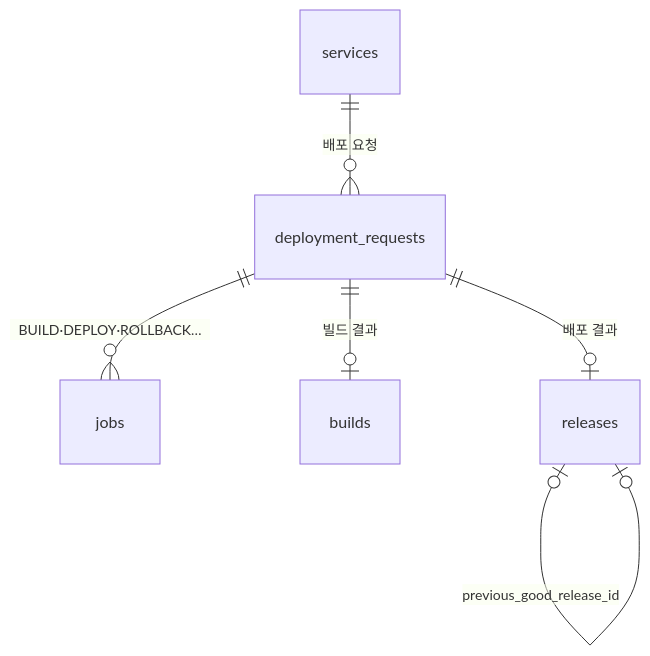
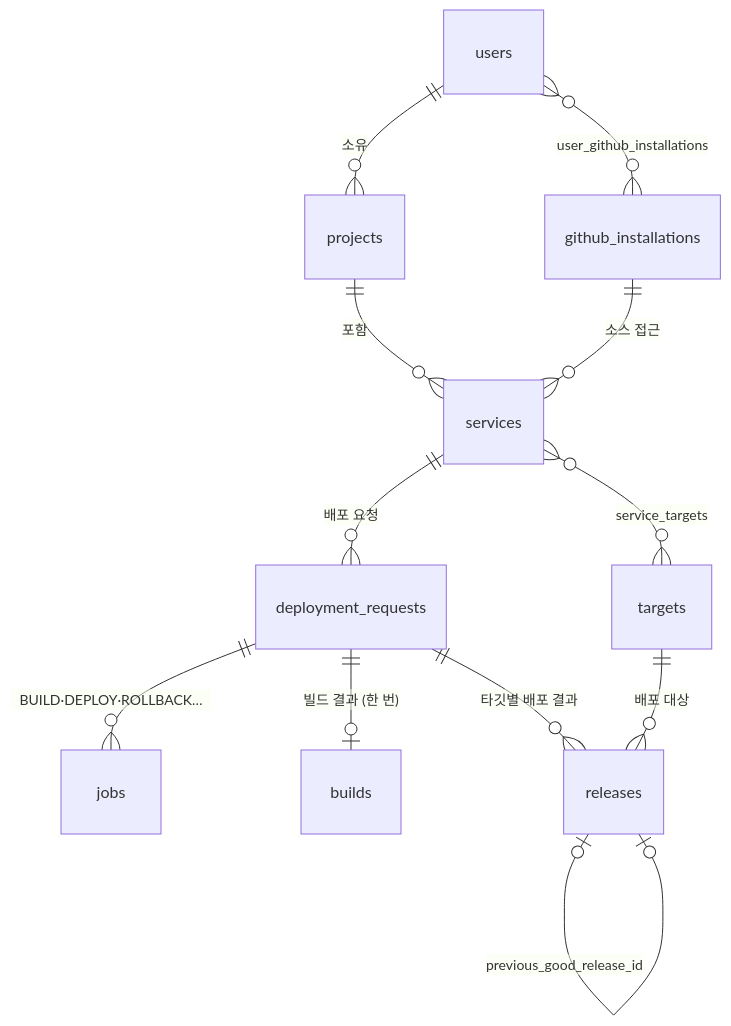
One commit to 2026-softbank-1/iris-was changed the diagram in .claude/rules/term-dictionary.md. Above: the diagram before and after it, drawn with Mermaid. The commit also changed other lines of this file and 16 other files, not shown here.

````diff
--- a/.claude/rules/term-dictionary.md
+++ b/.claude/rules/term-dictionary.md
@@ -44,8 +44,14 @@
 ```mermaid
 erDiagram
+  users ||--o{ projects : "소유"
+  users }o--o{ github_installations : "user_github_installations"
+  projects ||--o{ services : "포함"
+  github_installations ||--o{ services : "소스 접근"
+  services }o--o{ targets : "service_targets"
   services ||--o{ deployment_requests : "배포 요청"
   deployment_requests ||--o{ jobs : "BUILD·DEPLOY·ROLLBACK…"
-  deployment_requests ||--o| builds : "빌드 결과"
-  deployment_requests ||--o| releases : "배포 결과"
+  deployment_requests ||--o| builds : "빌드 결과 (한 번)"
+  deployment_requests ||--o{ releases : "타깃별 배포 결과"
+  targets ||--o{ releases : "배포 대상"
   releases |o--o| releases : "previous_good_release_id"
 ```
````
